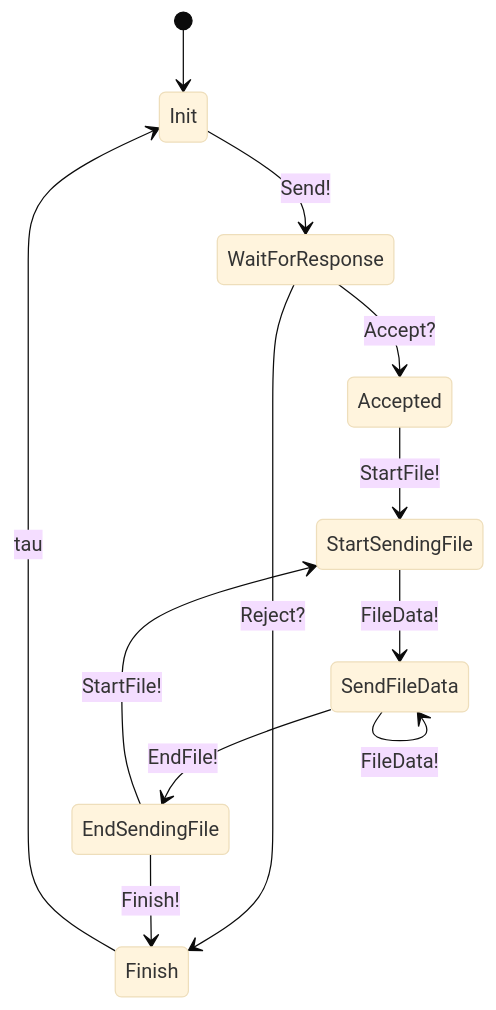
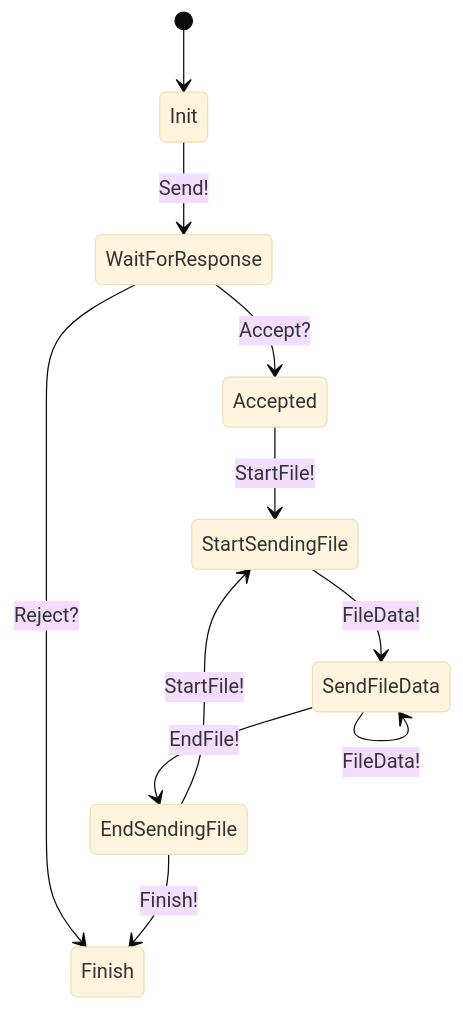
One commit to trinnguyen/sendfile-cli changed the second of 2 diagrams in README.md. Above: the diagram before and after it, drawn with Mermaid (base theme). The commit also changed other lines of this file and 20 other files, not shown here.

````diff
--- a/README.md
+++ b/README.md
@@ -38,14 +37,13 @@
 ```mermaid
 stateDiagram-v2
     [*] --> Init
     Init --> WaitForResponse: Send!
     WaitForResponse --> Finish: Reject?
     WaitForResponse --> Accepted: Accept?
     Accepted --> StartSendingFile: StartFile!
     StartSendingFile --> SendFileData: FileData!
     SendFileData --> SendFileData: FileData!
     SendFileData --> EndSendingFile: EndFile!
     EndSendingFile --> StartSendingFile: StartFile!
     EndSendingFile --> Finish: Finish!
-    Finish --> Init: tau
 ```
````
